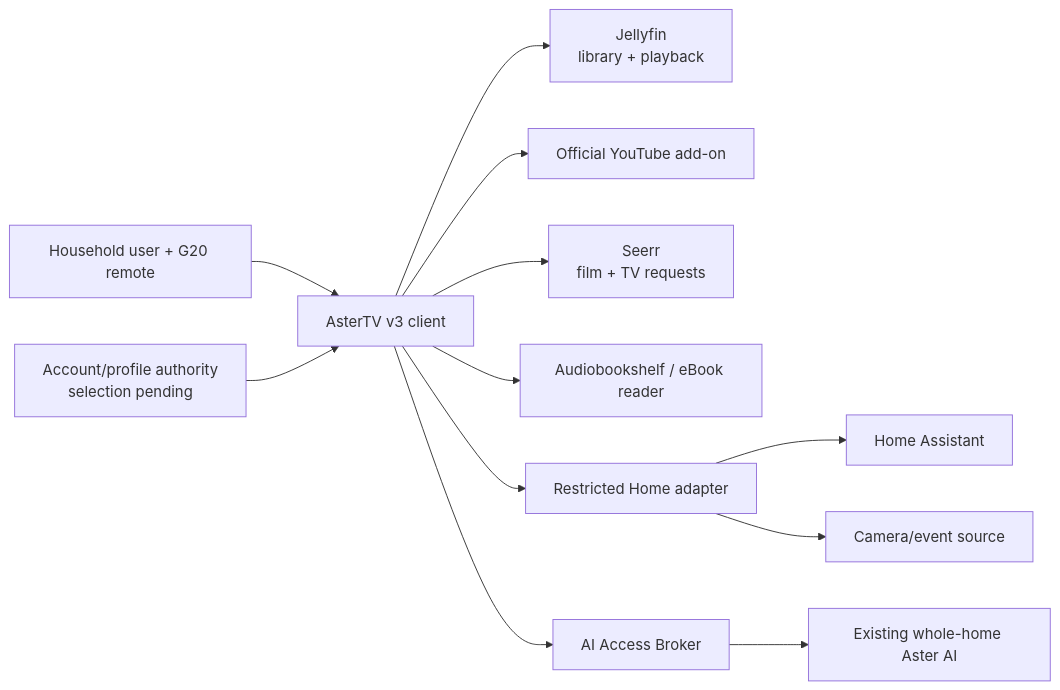
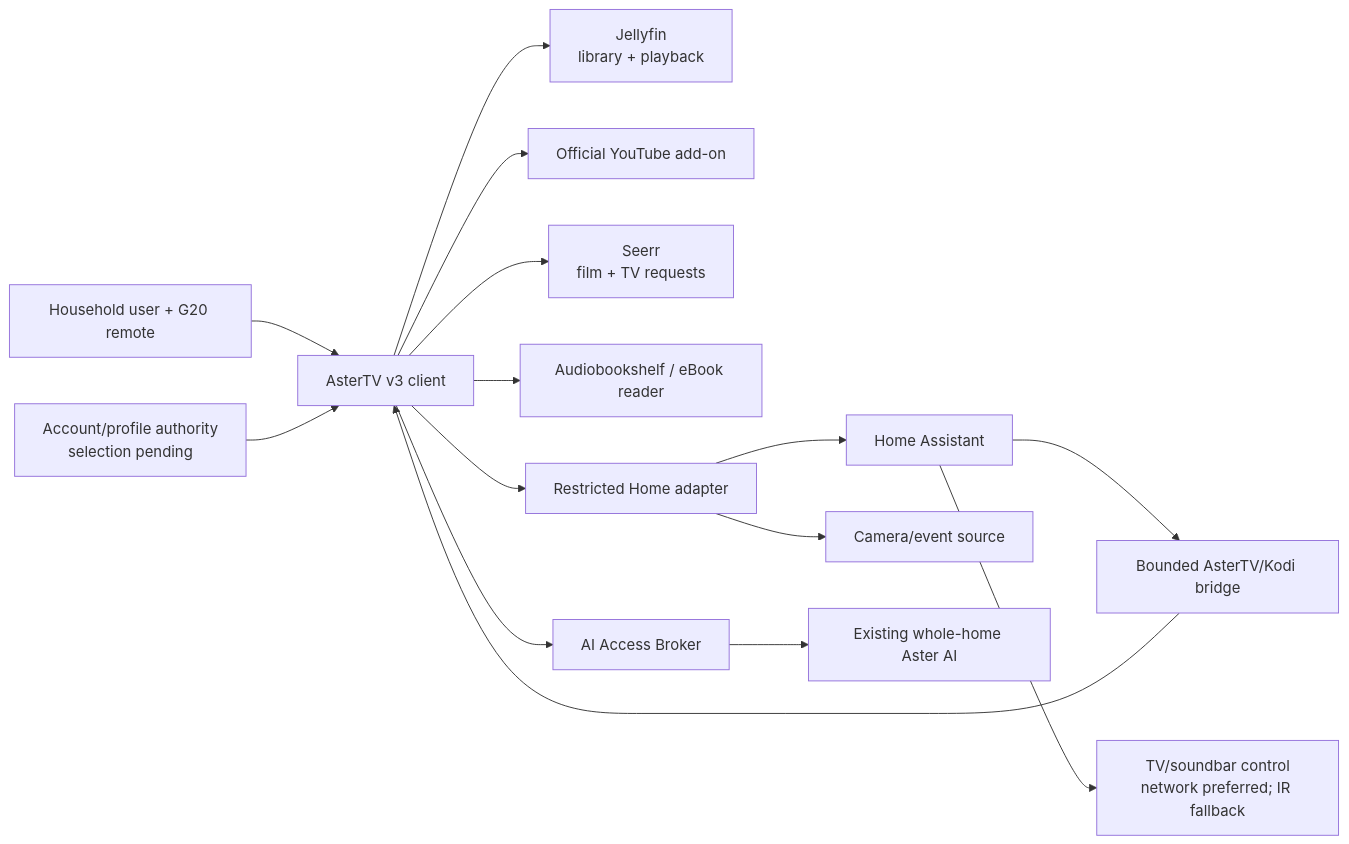
Before and after one commit to elliottrook/HomeLab: the diagram in docs/projects/AsterTV-v3.md, drawn with Mermaid. The commit also changed other lines of this file and 1 other file, not shown here.

Commit message:
docs(astertv): add Home Assistant bridge workstream

````diff
--- a/docs/projects/AsterTV-v3.md
+++ b/docs/projects/AsterTV-v3.md
@@ -155,14 +169,17 @@
 ```mermaid
 flowchart LR
     U["Household user + G20 remote"] --> TV["AsterTV v3 client"]
     ID["Account/profile authority\nselection pending"] --> TV
     TV --> J["Jellyfin\nlibrary + playback"]
     TV --> Y["Official YouTube add-on"]
     TV --> S["Seerr\nfilm + TV requests"]
     TV --> B["Audiobookshelf / eBook reader"]
     TV --> H["Restricted Home adapter"]
     H --> HA["Home Assistant"]
     H --> C["Camera/event source"]
+    HA --> KB["Bounded AsterTV/Kodi bridge"]
+    KB --> TV
+    HA --> AV["TV/soundbar control\nnetwork preferred; IR fallback"]
     TV --> AB["AI Access Broker"]
     AB --> A["Existing whole-home Aster AI"]
 ```
````
